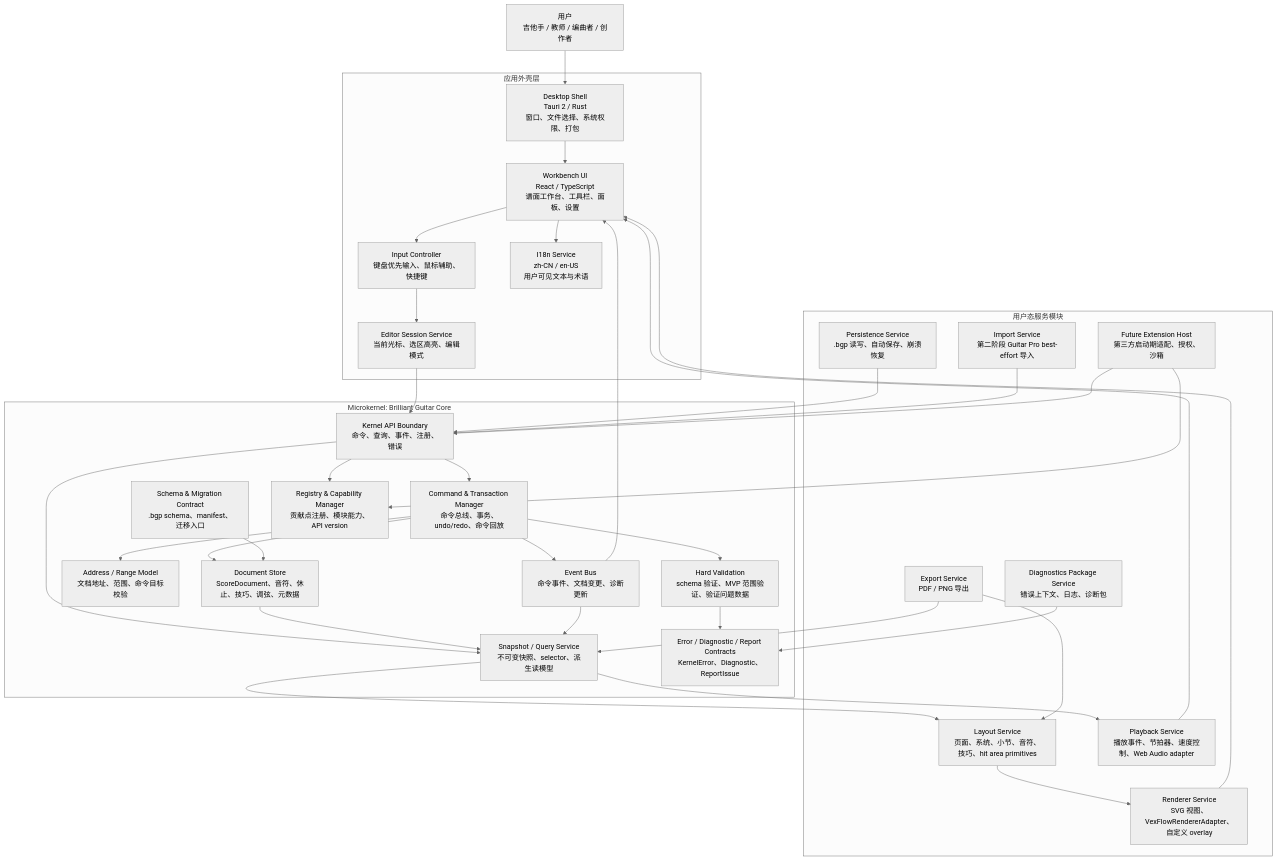
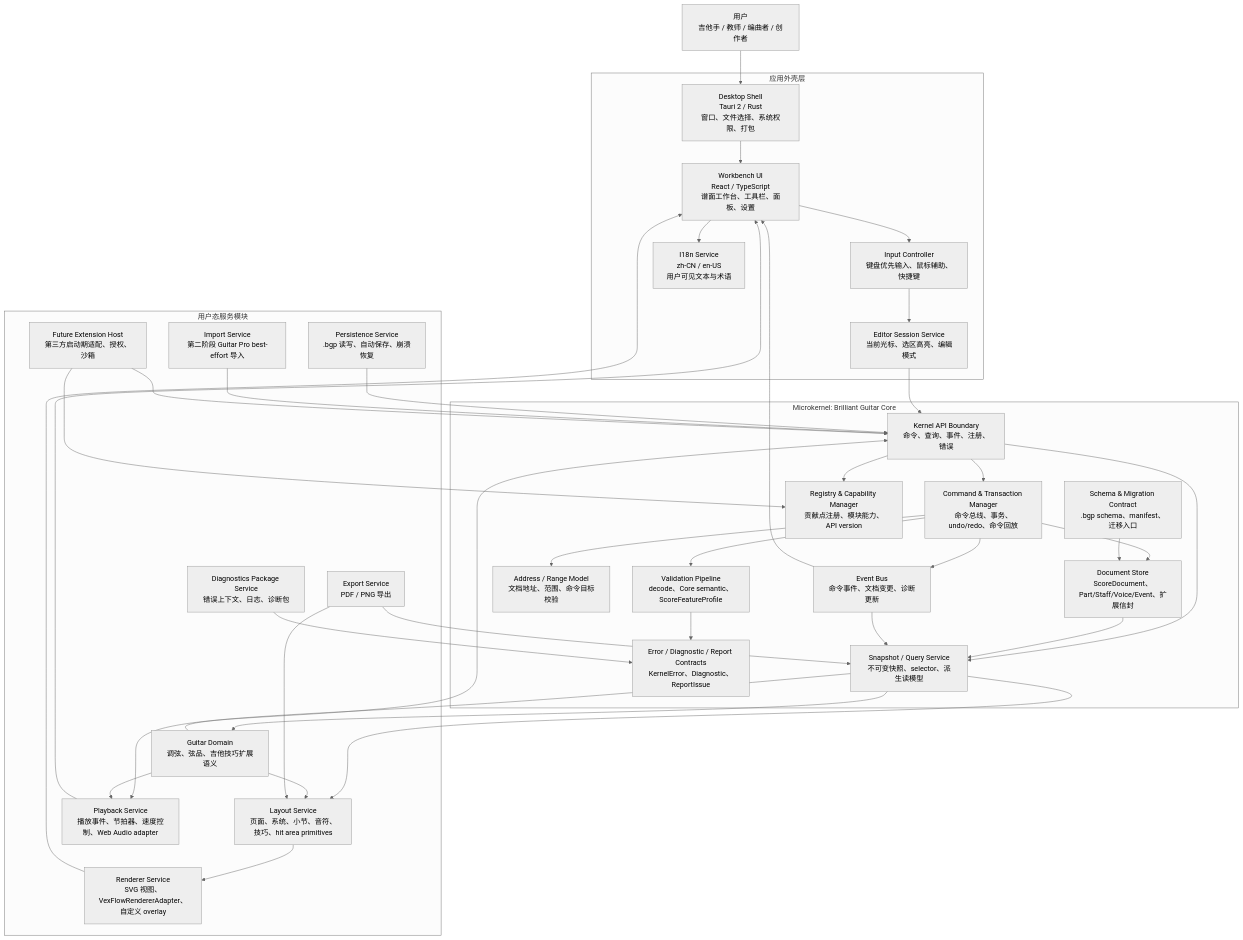
One commit to FFFAKKK/Brilliant-Guitar changed the first of 3 diagrams in .trellis/tasks/06-29-commercial-guitar-tablature-product/technical/microkernel-architecture.md. Above: the diagram before and after it, drawn with Mermaid (neutral theme). The commit also changed other lines of this file and 72 other files, not shown here.

````diff
--- a/.trellis/tasks/06-29-commercial-guitar-tablature-product/technical/microkernel-architecture.md
+++ b/.trellis/tasks/06-29-commercial-guitar-tablature-product/technical/microkernel-architecture.md
@@ -332,63 +339,68 @@
 ```mermaid
 flowchart TB
   User["用户\n吉他手 / 教师 / 编曲者 / 创作者"]
 
   subgraph App["应用外壳层"]
     Shell["Desktop Shell\nTauri 2 / Rust\n窗口、文件选择、系统权限、打包"]
     UI["Workbench UI\nReact / TypeScript\n谱面工作台、工具栏、面板、设置"]
     Input["Input Controller\n键盘优先输入、鼠标辅助、快捷键"]
     EditorSession["Editor Session Service\n当前光标、选区高亮、编辑模式"]
     I18n["I18n Service\nzh-CN / en-US\n用户可见文本与术语"]
   end
 
   subgraph Kernel["Microkernel: Brilliant Guitar Core"]
     API["Kernel API Boundary\n命令、查询、事件、注册、错误"]
     Cmd["Command & Transaction Manager\n命令总线、事务、undo/redo、命令回放"]
-    Doc["Document Store\nScoreDocument、音符、休止、技巧、调弦、元数据"]
+    Doc["Document Store\nScoreDocument、Part/Staff/Voice/Event、扩展信封"]
     Address["Address / Range Model\n文档地址、范围、命令目标校验"]
-    Validator["Hard Validation\nschema 验证、MVP 范围验证、验证问题数据"]
+    Validator["Validation Pipeline\ndecode、Core semantic、ScoreFeatureProfile"]
     Schema["Schema & Migration Contract\n.bgp schema、manifest、迁移入口"]
     Snapshot["Snapshot / Query Service\n不可变快照、selector、派生读模型"]
     Events["Event Bus\n命令事件、文档变更、诊断更新"]
     Registry["Registry & Capability Manager\n贡献点注册、模块能力、API version"]
     Reports["Error / Diagnostic / Report Contracts\nKernelError、Diagnostic、ReportIssue"]
   end
 
   subgraph Services["用户态服务模块"]
+    Guitar["Guitar Domain\n调弦、弦品、吉他技巧扩展语义"]
     Layout["Layout Service\n页面、系统、小节、音符、技巧、hit area primitives"]
     Renderer["Renderer Service\nSVG 视图、VexFlowRendererAdapter、自定义 overlay"]
     Playback["Playback Service\n播放事件、节拍器、速度控制、Web Audio adapter"]
     Persistence["Persistence Service\n.bgp 读写、自动保存、崩溃恢复"]
     Exporter["Export Service\nPDF / PNG 导出"]
     Importer["Import Service\n第二阶段 Guitar Pro best-effort 导入"]
     ExtHost["Future Extension Host\n第三方启动期适配、授权、沙箱"]
     DiagnosticsSvc["Diagnostics Package Service\n错误上下文、日志、诊断包"]
   end
 
   User --> Shell --> UI
   UI --> Input --> EditorSession --> API
   UI --> I18n
 
   API --> Cmd
   API --> Snapshot
   API --> Registry
   Cmd --> Address
   Cmd --> Validator
   Cmd --> Doc
   Cmd --> Events
   Doc --> Snapshot
   Schema --> Doc
   Validator --> Reports
   Events --> Snapshot
 
   Snapshot --> Layout --> Renderer --> UI
   Snapshot --> Playback --> UI
+  Snapshot --> Guitar
+  Guitar --> API
+  Guitar --> Layout
+  Guitar --> Playback
   Persistence --> API
   Exporter --> Snapshot
   Exporter --> Layout
   Importer --> API
   ExtHost --> Registry
   ExtHost --> API
   DiagnosticsSvc --> Reports
   Events --> UI
 ```
````
